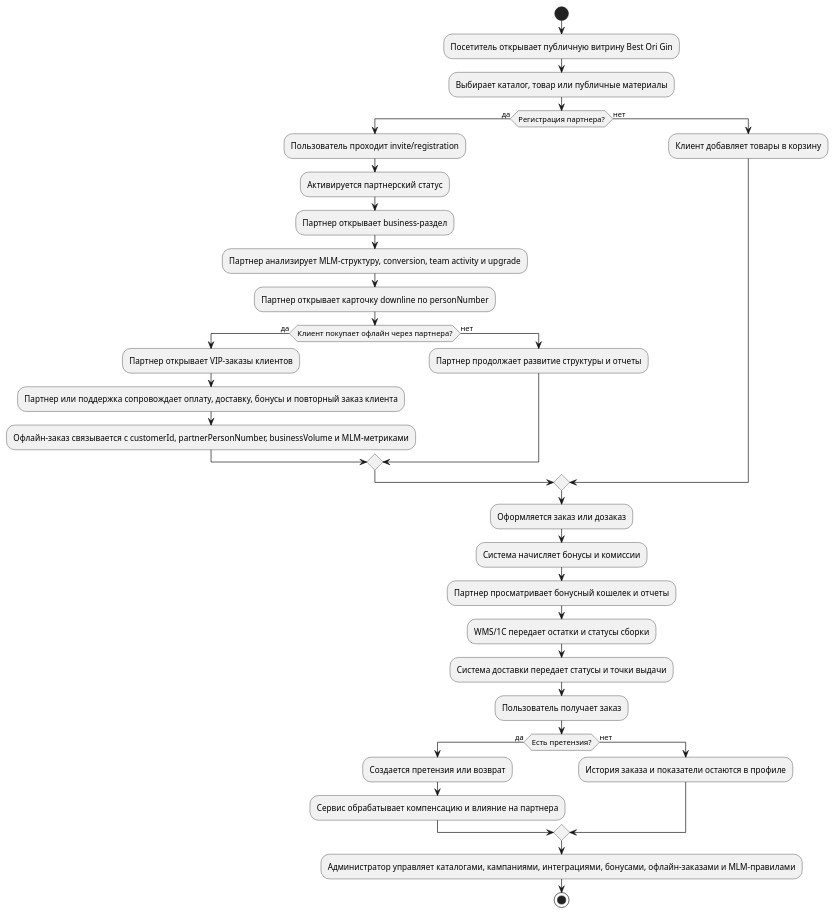
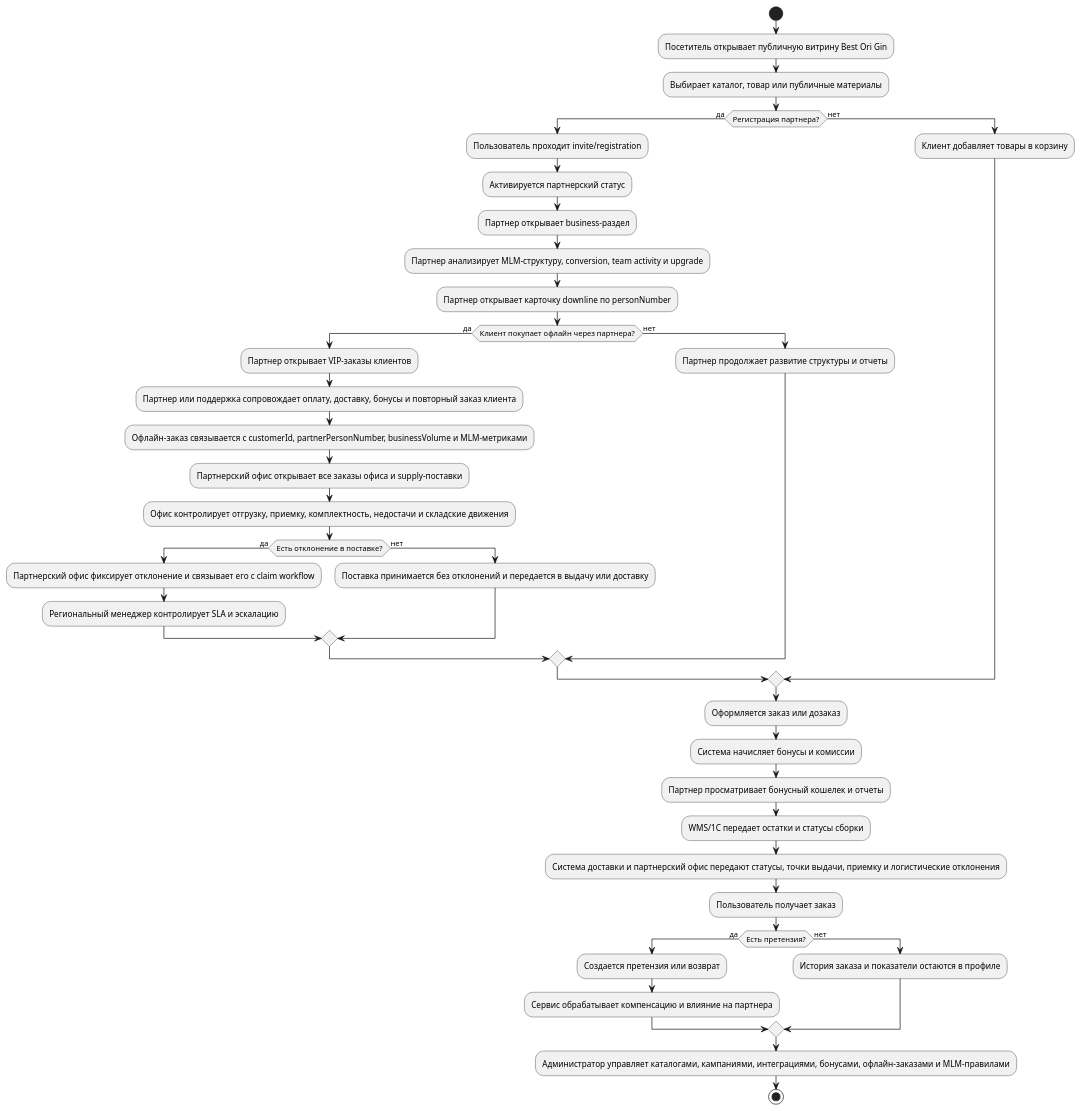
Before and after one commit to alextaralexander/ai_ori_test: the diagram in agents/analytics/ba/end_to_end/end_to_end_process_bpmn.plantuml, drawn with PlantUML. The commit also changed 51 other files, not shown here.

Commit message:
agents_app2: complete feature #18 партнерский_офис_поставки_и_логистика

```diff
--- a/agents/analytics/ba/end_to_end/end_to_end_process_bpmn.plantuml
+++ b/agents/analytics/ba/end_to_end/end_to_end_process_bpmn.plantuml
@@ -1,36 +1,44 @@
 @startuml
 ' Best Ori Gin product-level end-to-end process, not delivery workflow.
 start
 :Посетитель открывает публичную витрину Best Ori Gin;
 :Выбирает каталог, товар или публичные материалы;
 if (Регистрация партнера?) then (да)
   :Пользователь проходит invite/registration;
   :Активируется партнерский статус;
   :Партнер открывает business-раздел;
   :Партнер анализирует MLM-структуру, conversion, team activity и upgrade;
   :Партнер открывает карточку downline по personNumber;
   if (Клиент покупает офлайн через партнера?) then (да)
     :Партнер открывает VIP-заказы клиентов;
     :Партнер или поддержка сопровождает оплату, доставку, бонусы и повторный заказ клиента;
     :Офлайн-заказ связывается с customerId, partnerPersonNumber, businessVolume и MLM-метриками;
+    :Партнерский офис открывает все заказы офиса и supply-поставки;
+    :Офис контролирует отгрузку, приемку, комплектность, недостачи и складские движения;
+    if (Есть отклонение в поставке?) then (да)
+      :Партнерский офис фиксирует отклонение и связывает его с claim workflow;
+      :Региональный менеджер контролирует SLA и эскалацию;
+    else (нет)
+      :Поставка принимается без отклонений и передается в выдачу или доставку;
+    endif
   else (нет)
     :Партнер продолжает развитие структуры и отчеты;
   endif
 else (нет)
   :Клиент добавляет товары в корзину;
 endif
 :Оформляется заказ или дозаказ;
 :Система начисляет бонусы и комиссии;
 :Партнер просматривает бонусный кошелек и отчеты;
 :WMS/1C передает остатки и статусы сборки;
-:Система доставки передает статусы и точки выдачи;
+:Система доставки и партнерский офис передают статусы, точки выдачи, приемку и логистические отклонения;
 :Пользователь получает заказ;
 if (Есть претензия?) then (да)
   :Создается претензия или возврат;
   :Сервис обрабатывает компенсацию и влияние на партнера;
 else (нет)
   :История заказа и показатели остаются в профиле;
 endif
 :Администратор управляет каталогами, кампаниями, интеграциями, бонусами, офлайн-заказами и MLM-правилами;
 stop
 @enduml
```
